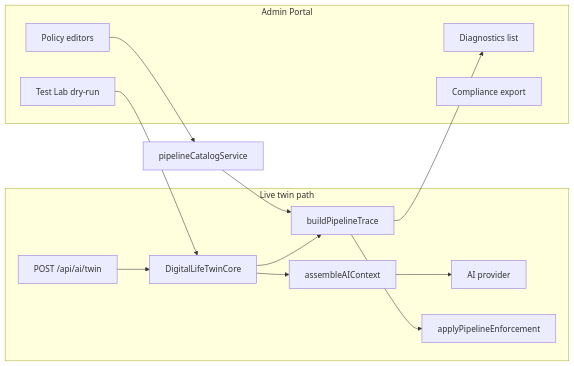
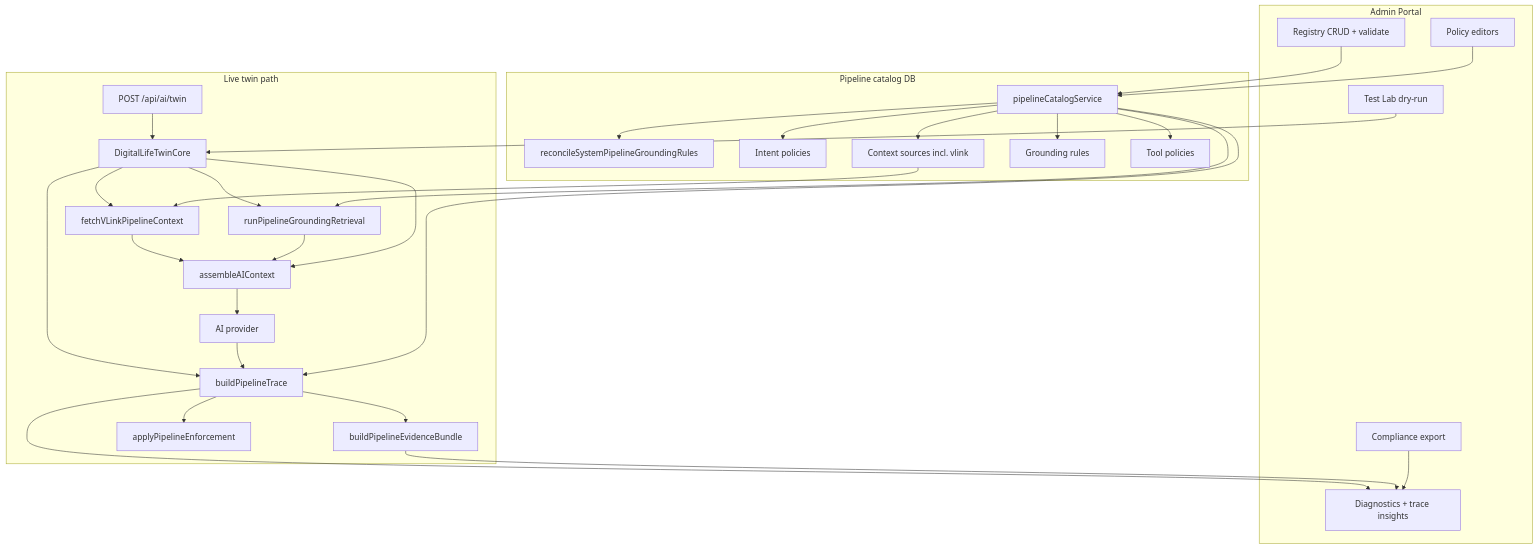
One commit to ADTrauts/Vssyl changed the first of 2 diagrams in docs/architecture/AI_PIPELINE_ADMIN_TOOLS.md. Above: the diagram before and after it, drawn with Mermaid. The commit also changed other lines of this file and 50 other files, not shown here.

First line of the commit message:
feat(ai): Context Provider Contract orchestrator, grounding bridge, and snapshots

````diff
--- a/docs/architecture/AI_PIPELINE_ADMIN_TOOLS.md
+++ b/docs/architecture/AI_PIPELINE_ADMIN_TOOLS.md
@@ -36,23 +38,54 @@
 ```mermaid
-flowchart LR
+flowchart TB
   subgraph twin [Live twin path]
     Twin["POST /api/ai/twin"]
     Core["DigitalLifeTwinCore"]
+    VLink["fetchVLinkPipelineContext"]
+    Ground["runPipelineGroundingRetrieval"]
     Assemble["assembleAIContext"]
     Provider["AI provider"]
     Trace["buildPipelineTrace"]
+    Evidence["buildPipelineEvidenceBundle"]
     Enforce["applyPipelineEnforcement"]
-    Twin --> Core --> Assemble --> Provider
-    Core --> Trace --> Enforce
+    Twin --> Core
+    Core --> VLink --> Assemble
+    Core --> Ground --> Assemble
+    Core --> Assemble --> Provider
+    Core --> Trace
+    Provider --> Trace
+    Trace --> Evidence
+    Trace --> Enforce
   end
+
+  subgraph catalog [Pipeline catalog DB]
+    Cat["pipelineCatalogService"]
+    Reconcile["reconcileSystemPipelineGroundingRules"]
+    Intents["Intent policies"]
+    Sources["Context sources incl. vlink"]
+    Rules["Grounding rules"]
+    Tools["Tool policies"]
+    Cat --> Reconcile
+    Cat --> Intents
+    Cat --> Sources
+    Cat --> Rules
+    Cat --> Tools
+  end
+
   subgraph admin [Admin Portal]
     Lab["Test Lab dry-run"]
-    Diag["Diagnostics list"]
+    Diag["Diagnostics + trace insights"]
+    Registry["Registry CRUD + validate"]
     Policies["Policy editors"]
     Comp["Compliance export"]
   end
+
+  Cat --> Ground
+  Cat --> Trace
+  Sources --> VLink
   Trace --> Diag
+  Evidence --> Diag
   Lab --> Core
-  Policies --> Catalog["pipelineCatalogService"]
-  Catalog --> Trace
+  Registry --> Cat
+  Policies --> Cat
+  Comp --> Diag
 ```
````
